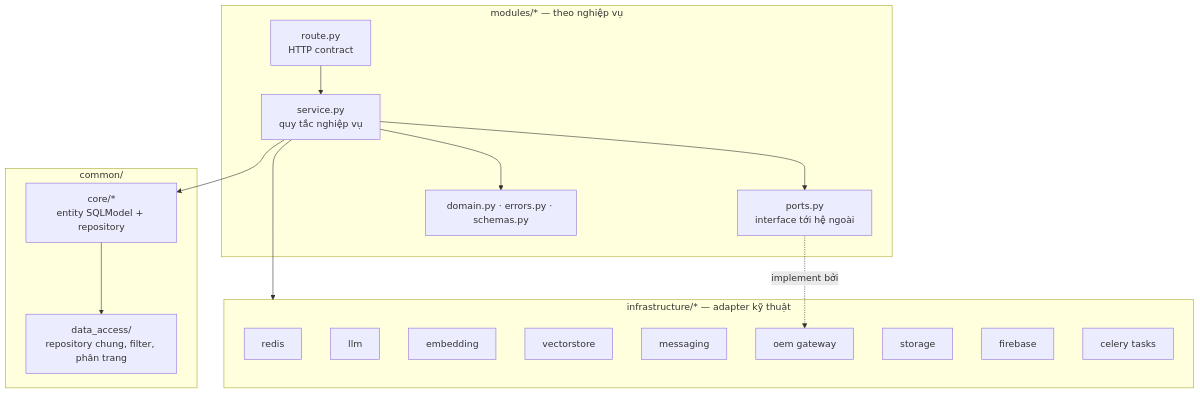
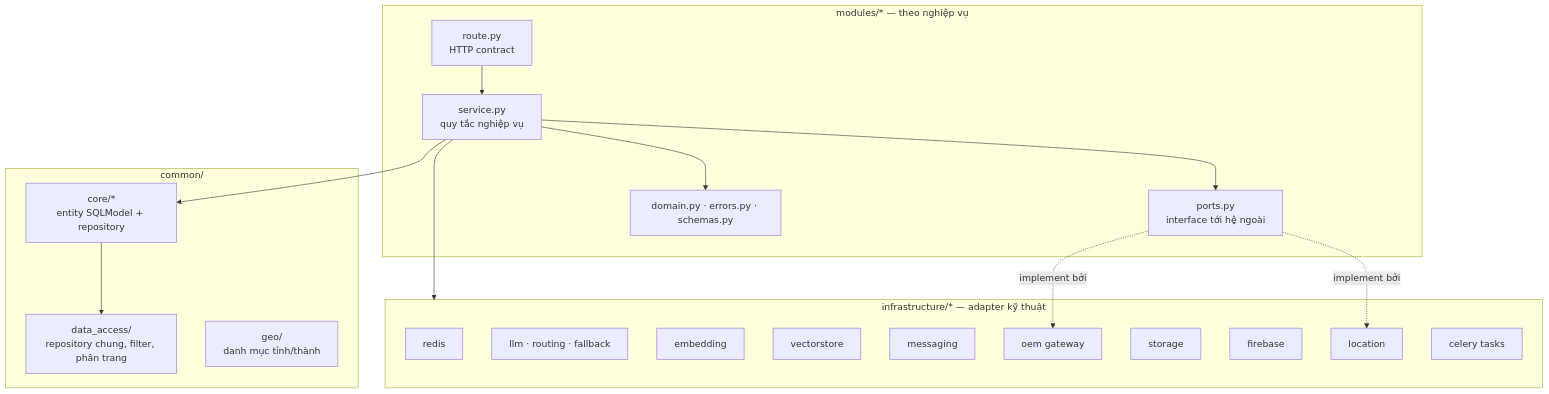
One commit to tungld9999blacksmith/mvp-40-days-deployments-team-146 changed the third of 8 diagrams in docs/architecture.md. Above: the diagram before and after it, drawn with Mermaid. The commit also changed other lines of this file and 240 other files, not shown here.

````diff
--- a/docs/architecture.md
+++ b/docs/architecture.md
@@ -110,30 +120,33 @@
 ```mermaid
 flowchart TB
     subgraph L1["modules/* — theo nghiệp vụ"]
         R[route.py<br/>HTTP contract] --> S[service.py<br/>quy tắc nghiệp vụ]
         S --> P[ports.py<br/>interface tới hệ ngoài]
         S --> D[domain.py · errors.py · schemas.py]
     end
 
     subgraph L2["common/"]
         Core["core/*<br/>entity SQLModel + repository"]
         DA["data_access/<br/>repository chung, filter, phân trang"]
+        Geo["geo/<br/>danh mục tỉnh/thành"]
     end
 
     subgraph L3["infrastructure/* — adapter kỹ thuật"]
-        I1[redis] 
-        I2[llm]
+        I1[redis]
+        I2[llm · routing · fallback]
         I3[embedding]
         I4[vectorstore]
         I5[messaging]
         I6[oem gateway]
         I7[storage]
         I8[firebase]
-        I9[celery tasks]
+        I9[location]
+        I10[celery tasks]
     end
 
     S --> Core
     Core --> DA
     S --> L3
     P -. implement bởi .-> I6
+    P -. implement bởi .-> I9
 ```
````
